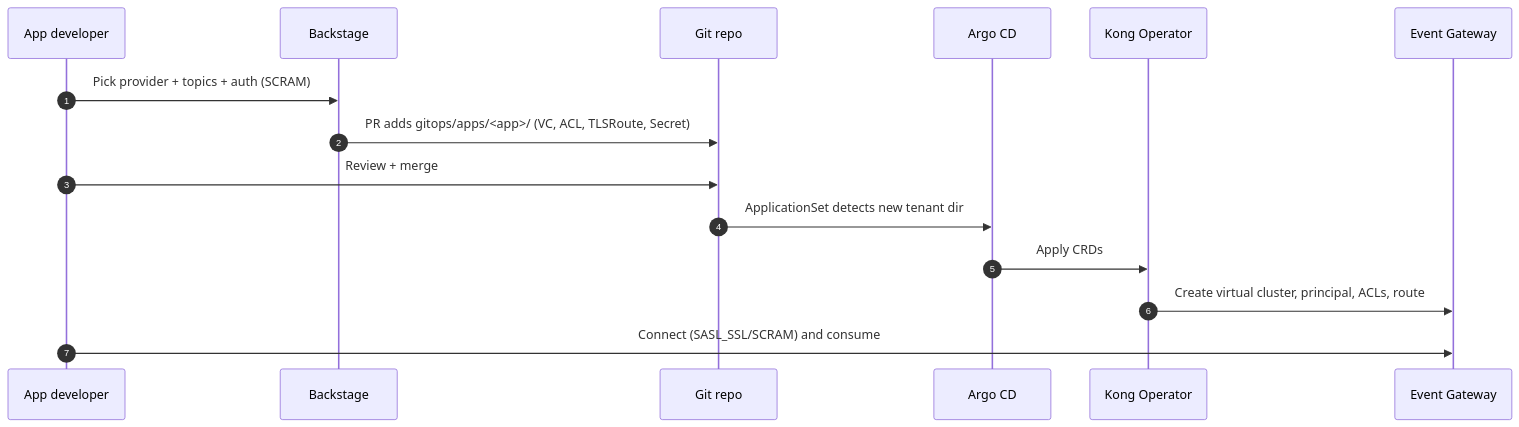
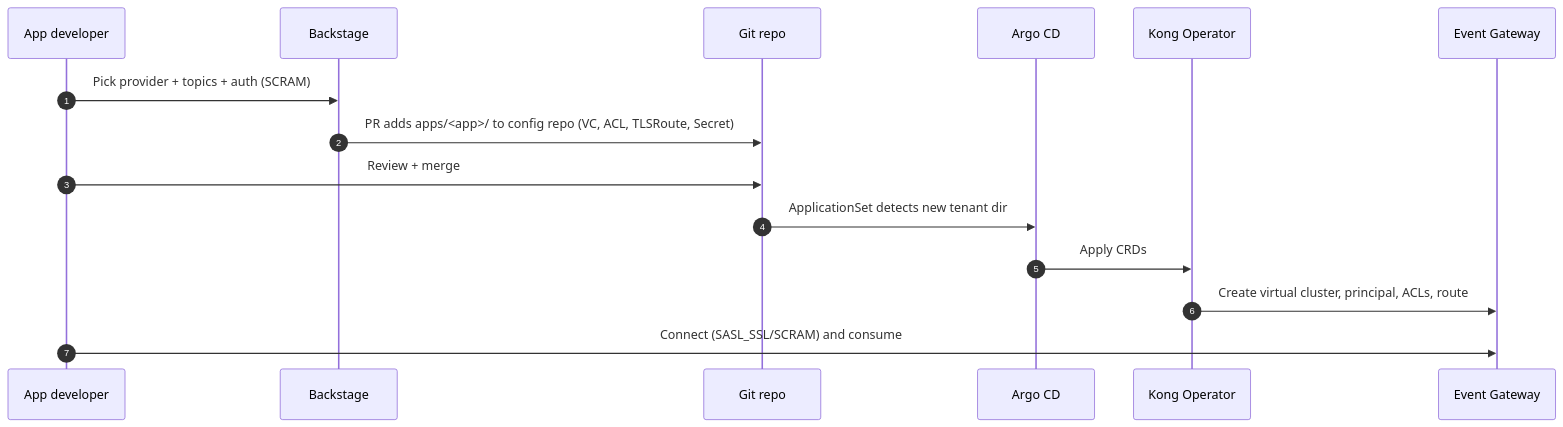
One commit to hguerrero/kafka-selfservice-backstage changed the first of 2 diagrams in docs/flows.md. Above: the diagram before and after it, drawn with Mermaid. The commit also changed other lines of this file and 20 other files, not shown here.

Commit message:
Refactor GitOps structure and documentation for clarity; remove deprecated files and update references to the kafka-selfservice-gitops repository.

````diff
--- a/docs/flows.md
+++ b/docs/flows.md
@@ -11,17 +11,17 @@
 ```mermaid
 sequenceDiagram
   autonumber
   participant Dev as App developer
   participant BS as Backstage
   participant Git as Git repo
   participant Argo as Argo CD
   participant KO as Kong Operator
   participant KEG as Event Gateway
   Dev->>BS: Pick provider + topics + auth (SCRAM)
-  BS->>Git: PR adds gitops/apps/<app>/ (VC, ACL, TLSRoute, Secret)
+  BS->>Git: PR adds apps/<app>/ to config repo (VC, ACL, TLSRoute, Secret)
   Dev->>Git: Review + merge
   Git->>Argo: ApplicationSet detects new tenant dir
   Argo->>KO: Apply CRDs
   KO->>KEG: Create virtual cluster, principal, ACLs, route
   Dev->>KEG: Connect (SASL_SSL/SCRAM) and consume
 ```
````
